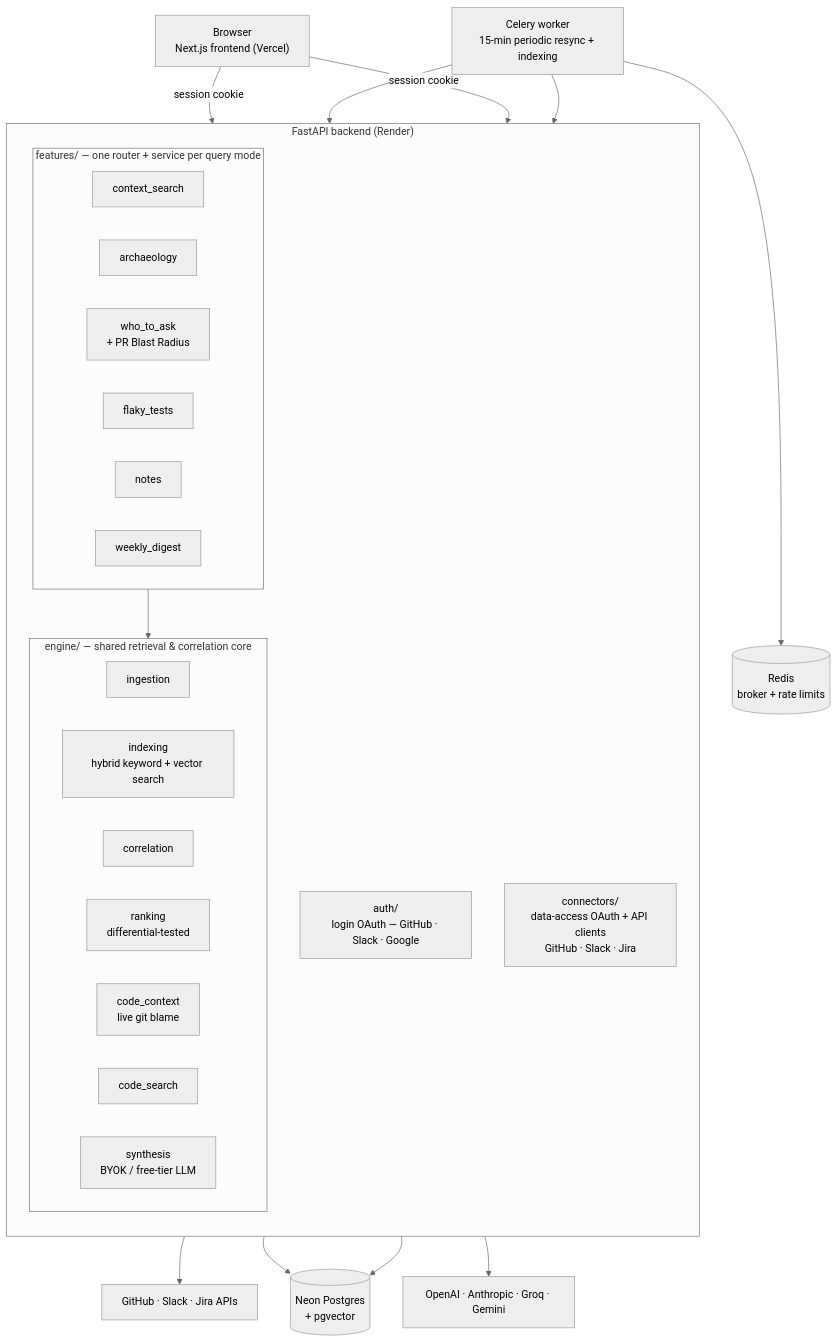
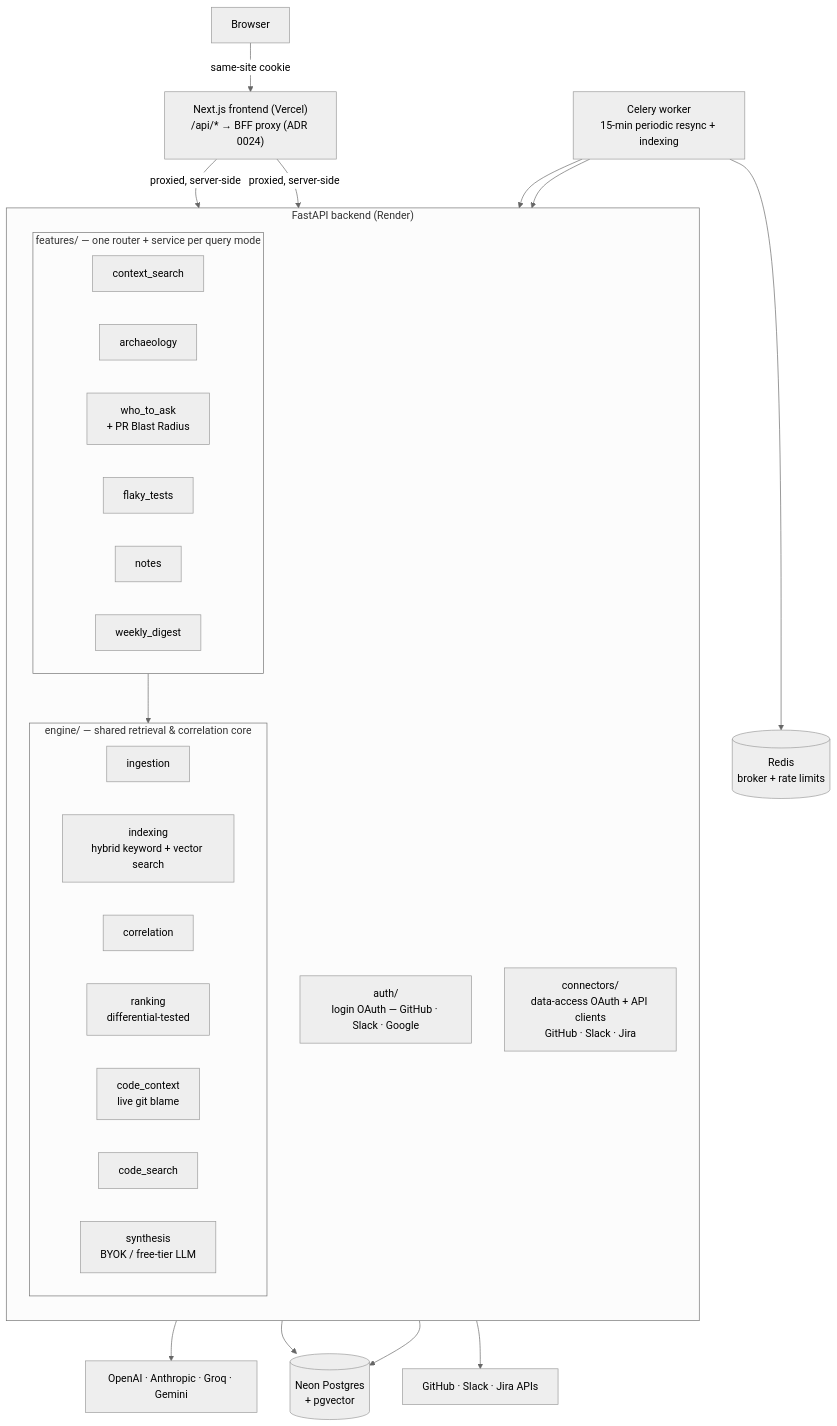
The diagram in README.md (kankaniakshat185/Relay), drawn with Mermaid (neutral theme) before and after one commit. The commit also changed other lines of this file and 12 other files, not shown here.

````diff
--- a/README.md
+++ b/README.md
@@ -58,50 +58,52 @@
 ```mermaid
 flowchart TB
-    Browser["Browser<br/>Next.js frontend (Vercel)"]
+    Browser["Browser"]
+    Frontend["Next.js frontend (Vercel)<br/>/api/* → BFF proxy (ADR 0024)"]
 
     subgraph API["FastAPI backend (Render)"]
         direction TB
         Auth["auth/<br/>login OAuth — GitHub · Slack · Google"]
         Connectors["connectors/<br/>data-access OAuth + API clients<br/>GitHub · Slack · Jira"]
 
         subgraph Features["features/ — one router + service per query mode"]
             direction LR
             CS["context_search"]
             Arch["archaeology"]
             WTA["who_to_ask<br/>+ PR Blast Radius"]
             FT["flaky_tests"]
             Notes["notes"]
             WD["weekly_digest"]
         end
 
         subgraph Engine["engine/ — shared retrieval & correlation core"]
             direction LR
             Ingestion["ingestion"]
             Indexing["indexing<br/>hybrid keyword + vector search"]
             Correlation["correlation"]
             Ranking["ranking<br/>differential-tested"]
             CodeContext["code_context<br/>live git blame"]
             CodeSearch["code_search"]
             Synthesis["synthesis<br/>BYOK / free-tier LLM"]
         end
     end
 
     Worker["Celery worker<br/>15-min periodic resync + indexing"]
 
     DB[("Neon Postgres<br/>+ pgvector")]
     Cache[("Redis<br/>broker + rate limits")]
 
     Providers["GitHub · Slack · Jira APIs"]
     LLMs["OpenAI · Anthropic · Groq · Gemini"]
 
-    Browser -->|session cookie| Auth
-    Browser -->|session cookie| Features
+    Browser -->|same-site cookie| Frontend
+    Frontend -->|proxied, server-side| Auth
+    Frontend -->|proxied, server-side| Features
     Features --> Engine
     Connectors --> Providers
     Auth --> DB
     Engine --> DB
     Worker --> Connectors
     Worker --> Engine
     Worker --> Cache
     Engine --> LLMs
 ```
````
